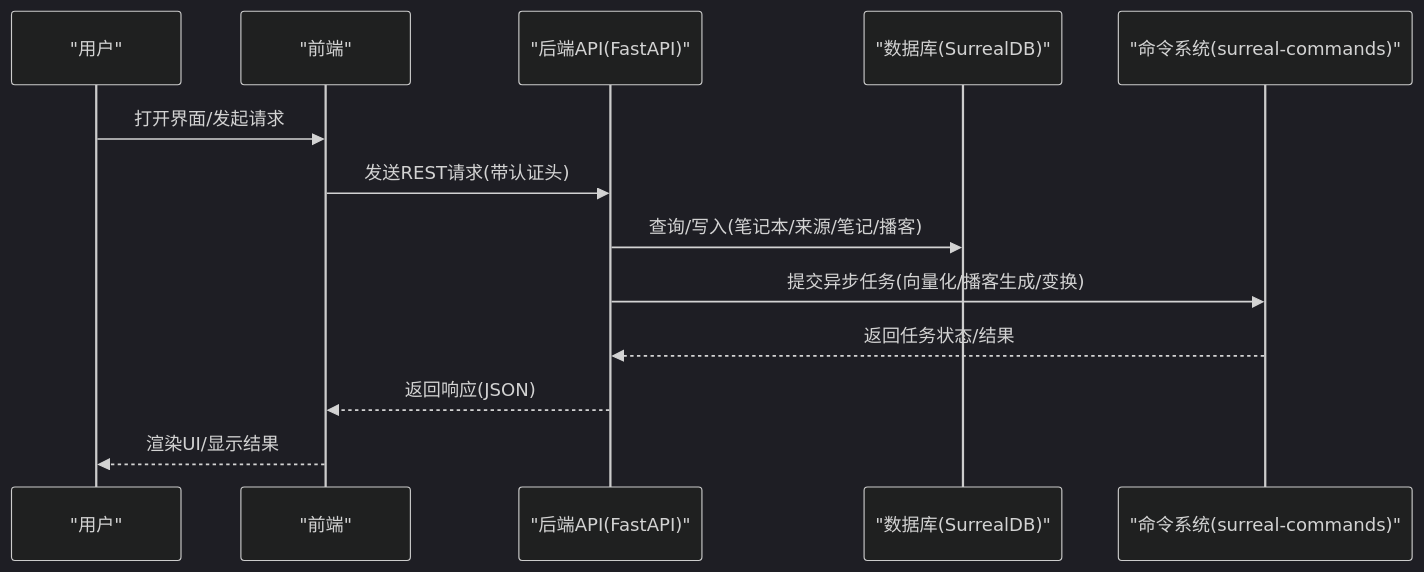
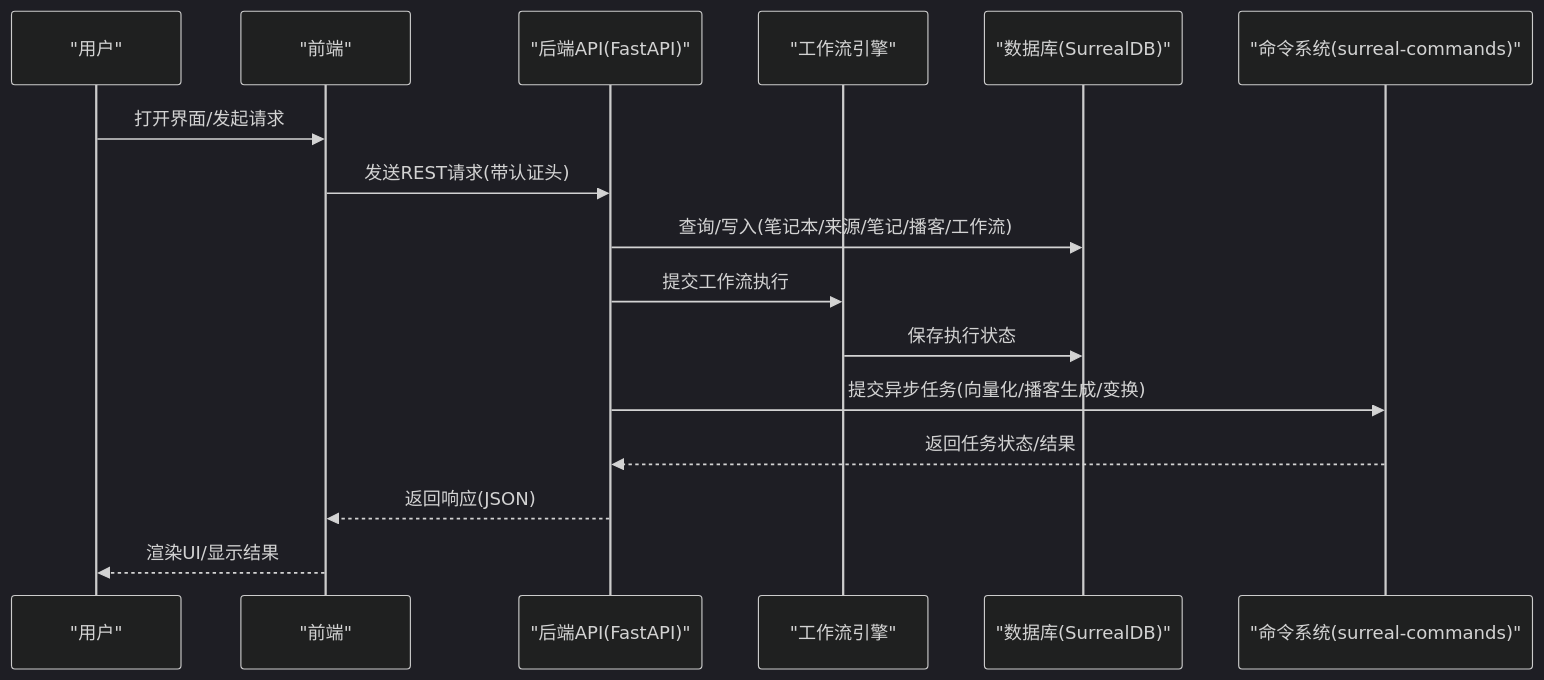
Before and after one commit to jackeyunjie/open-notebook: the second of 12 diagrams in .qoder/repowiki/zh/content/项目概述/核心功能特性/核心功能特性.md, drawn with Mermaid (dark theme). The commit also changed other lines of this file and 24 other files, not shown here.

````diff
--- a/.qoder/repowiki/zh/content/项目概述/核心功能特性/核心功能特性.md
+++ b/.qoder/repowiki/zh/content/项目概述/核心功能特性/核心功能特性.md
@@ -95,15 +108,18 @@
 ```mermaid
 sequenceDiagram
 participant U as "用户"
 participant FE as "前端"
 participant API as "后端API(FastAPI)"
+participant WF as "工作流引擎"
 participant DB as "数据库(SurrealDB)"
 participant CMD as "命令系统(surreal-commands)"
 U->>FE : 打开界面/发起请求
 FE->>API : 发送REST请求(带认证头)
-API->>DB : 查询/写入(笔记本/来源/笔记/播客)
+API->>DB : 查询/写入(笔记本/来源/笔记/播客/工作流)
+API->>WF : 提交工作流执行
+WF->>DB : 保存执行状态
 API->>CMD : 提交异步任务(向量化/播客生成/变换)
 CMD-->>API : 返回任务状态/结果
 API-->>FE : 返回响应(JSON)
 FE-->>U : 渲染UI/显示结果
 ```
````
